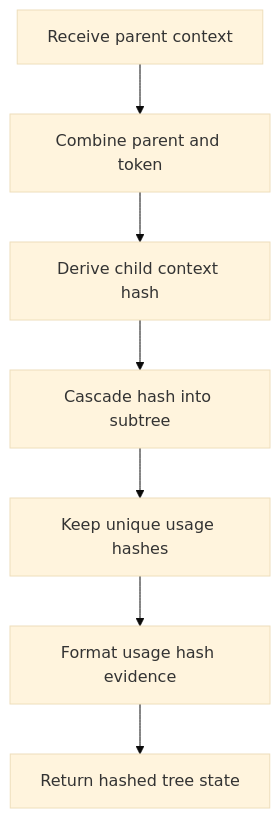
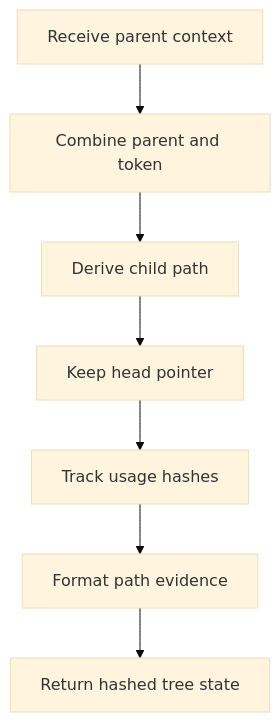
Before and after one commit to JohnAndrewBalbarosa/NeoTerritory: the diagram in docs/Codebase/Microservice/Modules/Source/HashingMechanism/ReverseMerkle/core.cpp.md, drawn with Mermaid (base theme). The commit also changed other lines of this file and 147 other files, not shown here.

````diff
--- a/docs/Codebase/Microservice/Modules/Source/HashingMechanism/ReverseMerkle/core.cpp.md
+++ b/docs/Codebase/Microservice/Modules/Source/HashingMechanism/ReverseMerkle/core.cpp.md
@@ -25,17 +29,17 @@
 ```mermaid
 flowchart TD
     A["Receive parent context"]
     B["Combine parent and token"]
-    C["Derive child context hash"]
-    D["Cascade hash into subtree"]
-    E["Keep unique usage hashes"]
-    F["Format usage hash evidence"]
+    C["Derive child path"]
+    D["Keep head pointer"]
+    E["Track usage hashes"]
+    F["Format path evidence"]
     G["Return hashed tree state"]
 
     A --> B
     B --> C
     C --> D
     D --> E
     E --> F
     F --> G
 ```
````
